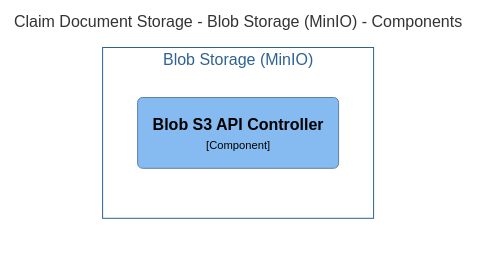
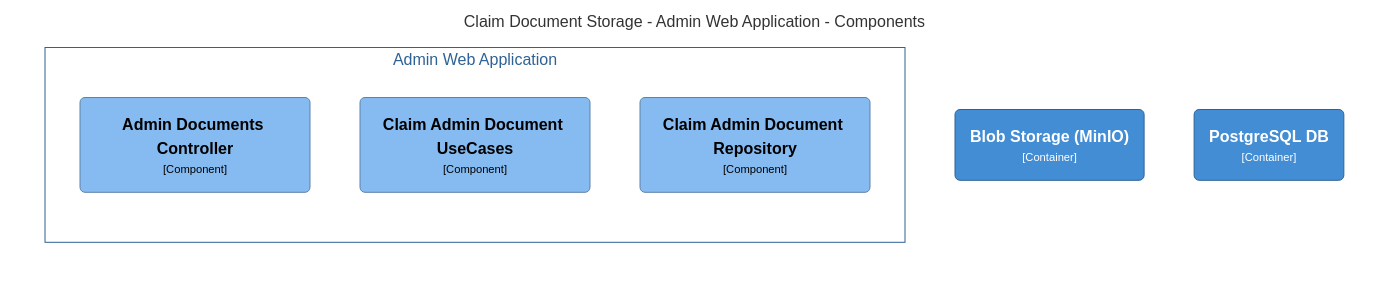
Before and after one commit to hubignite/testrepo: the diagram in structurizr-Component-002.mmd, drawn with Mermaid (forest theme). The commit also changed 6 other files, not shown here.

Commit message:
refreshed dsl, splitted user webapp and adminwebapp diagrams

```diff
--- a/structurizr-Component-002.mmd
+++ b/structurizr-Component-002.mmd
@@ -1,14 +1,23 @@
 graph LR
   linkStyle default fill:#ffffff
 
-  subgraph diagram ["Claim Document Storage - Blob Storage (MinIO) - Components"]
+  subgraph diagram ["Claim Document Storage - Admin Web Application - Components"]
     style diagram fill:#ffffff,stroke:#ffffff
 
-    subgraph 9 ["Blob Storage (MinIO)"]
-      style 9 fill:#ffffff,stroke:#2e6295,color:#2e6295
+    12("<div style='font-weight: bold'>Blob Storage (MinIO)</div><div style='font-size: 70%; margin-top: 0px'>[Container]</div>")
+    style 12 fill:#438dd5,stroke:#2e6295,color:#ffffff
+    14("<div style='font-weight: bold'>PostgreSQL DB</div><div style='font-size: 70%; margin-top: 0px'>[Container]</div>")
+    style 14 fill:#438dd5,stroke:#2e6295,color:#ffffff
 
-      10("<div style='font-weight: bold'>Blob S3 API Controller</div><div style='font-size: 70%; margin-top: 0px'>[Component]</div>")
+    subgraph 8 ["Admin Web Application"]
+      style 8 fill:#ffffff,stroke:#2e6295,color:#2e6295
+
+      10("<div style='font-weight: bold'>Claim Admin Document UseCases</div><div style='font-size: 70%; margin-top: 0px'>[Component]</div>")
       style 10 fill:#85bbf0,stroke:#5d82a8,color:#000000
+      11("<div style='font-weight: bold'>Claim Admin Document Repository</div><div style='font-size: 70%; margin-top: 0px'>[Component]</div>")
+      style 11 fill:#85bbf0,stroke:#5d82a8,color:#000000
+      9("<div style='font-weight: bold'>Admin Documents Controller</div><div style='font-size: 70%; margin-top: 0px'>[Component]</div>")
+      style 9 fill:#85bbf0,stroke:#5d82a8,color:#000000
     end
 
   end
```
